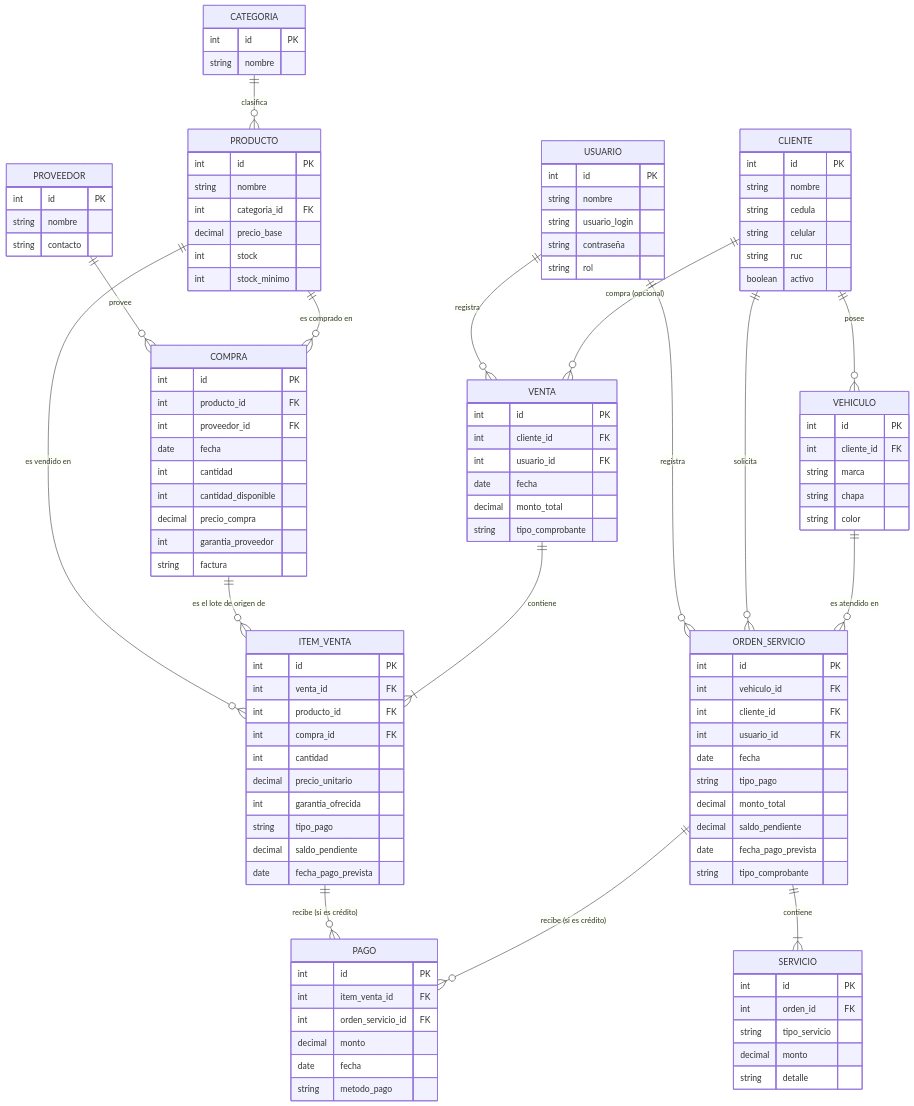
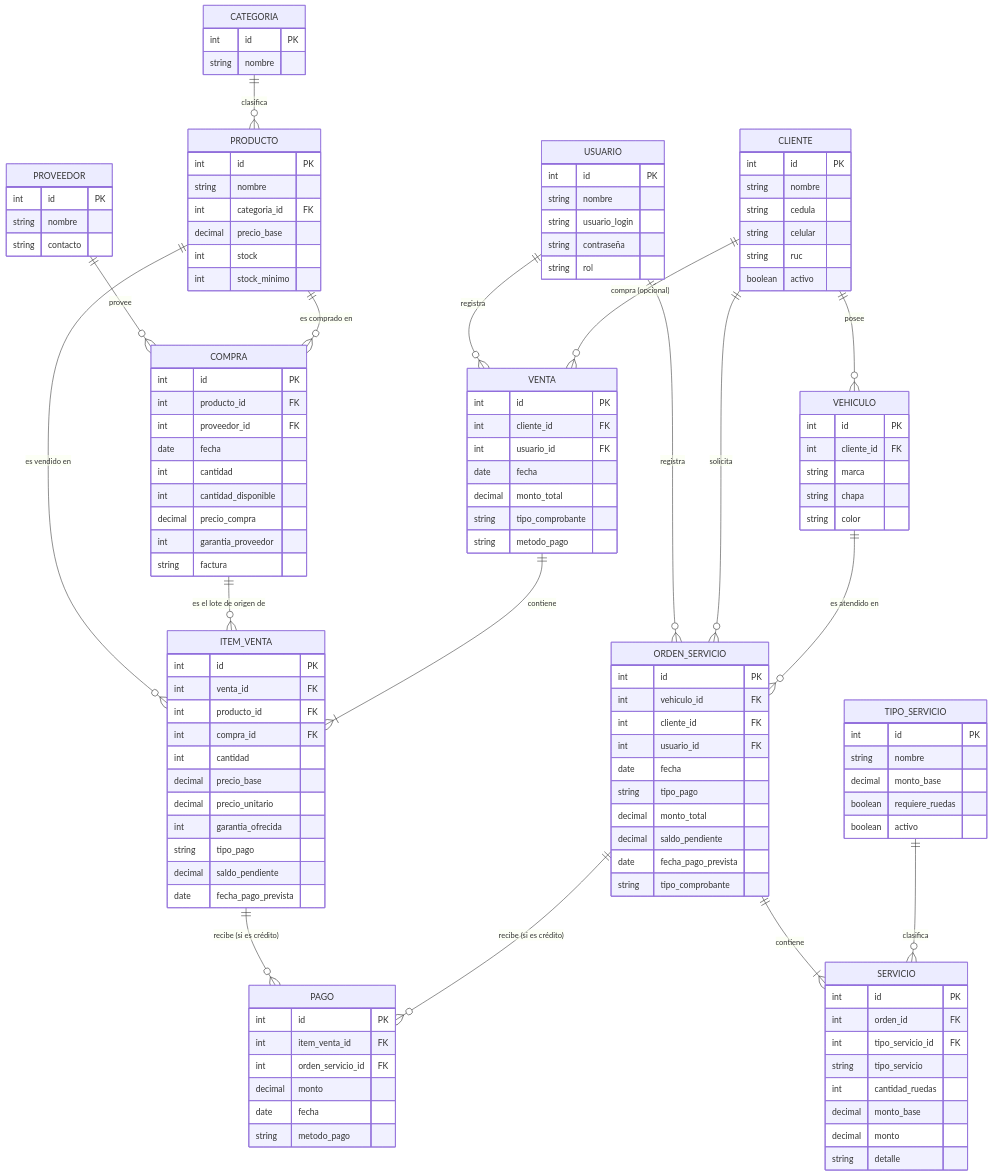
Before and after one commit to josD0111/neucar-system: the diagram in docs/02-desing/diagrama-entidad-relacion.md, drawn with Mermaid. The commit also changed other lines of this file and 5 other files, not shown here.

````diff
--- a/docs/02-desing/diagrama-entidad-relacion.md
+++ b/docs/02-desing/diagrama-entidad-relacion.md
@@ -28,6 +30,8 @@
     VEHICULO ||--o{ ORDEN_SERVICIO : "es atendido en"
 
     ORDEN_SERVICIO ||--|{ SERVICIO : contiene
+
+    TIPO_SERVICIO ||--o{ SERVICIO : clasifica
 
     USUARIO {
         int id PK
@@ -85,6 +89,7 @@
         date fecha
         decimal monto_total
         string tipo_comprobante
+        string metodo_pago
     }
 
     ITEM_VENTA {
@@ -93,6 +98,7 @@
         int producto_id FK
         int compra_id FK
         int cantidad
+        decimal precio_base
         decimal precio_unitario
         int garantia_ofrecida
         string tipo_pago
@@ -133,8 +139,19 @@
     SERVICIO {
         int id PK
         int orden_id FK
+        int tipo_servicio_id FK
         string tipo_servicio
+        int cantidad_ruedas
+        decimal monto_base
         decimal monto
         string detalle
     }
+
+    TIPO_SERVICIO {
+        int id PK
+        string nombre
+        decimal monto_base
+        boolean requiere_ruedas
+        boolean activo
+    }
 ```
````
